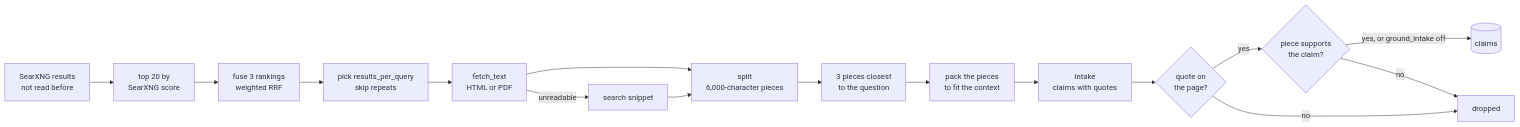
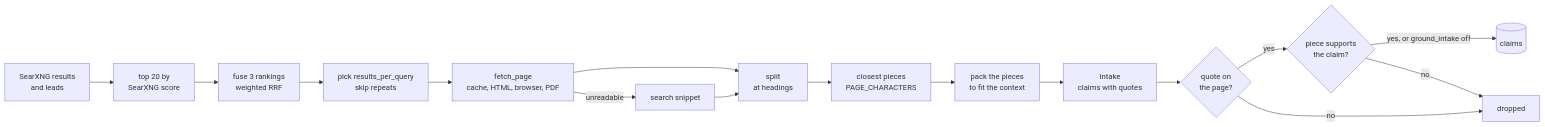
One commit to brewcoua/kvasir changed the fourth of 5 diagrams in docs/research.md. Above: the diagram before and after it, drawn with Mermaid. The commit also changed other lines of this file and 64 other files, not shown here.

````diff
--- a/docs/research.md
+++ b/docs/research.md
@@ -283,26 +296,26 @@
 ```mermaid
 flowchart LR
-    search["SearXNG results<br/>not read before"]
+    search["SearXNG results<br/>and leads"]
     pool["top 20 by<br/>SearXNG score"]
     fuse["fuse 3 rankings<br/>weighted RRF"]
     pick["pick results_per_query<br/>skip repeats"]
-    fetch["fetch_text<br/>HTML or PDF"]
+    fetch["fetch_page<br/>cache, HTML, browser, PDF"]
     snippet["search snippet"]
-    split["split<br/>6,000-character pieces"]
-    filter["3 pieces closest<br/>to the question"]
+    split["split<br/>at headings"]
+    filter["closest pieces<br/>PAGE_CHARACTERS"]
     pack["pack the pieces<br/>to fit the context"]
     intake["Intake<br/>claims with quotes"]
     quote{"quote on<br/>the page?"}
     ground{"piece supports<br/>the claim?"}
     store[("claims")]
     drop["dropped"]
 
     search --> pool --> fuse --> pick --> fetch
     fetch --> split
     fetch -- unreadable --> snippet --> split
     split --> filter --> pack --> intake --> quote
     quote -- yes --> ground
     quote -- no --> drop
     ground -- yes, or ground_intake off --> store
     ground -- no --> drop
 ```
````
